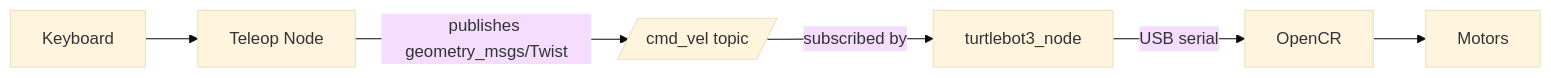
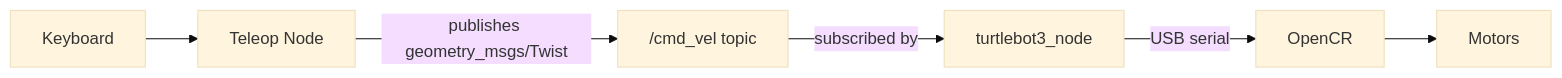
The diagram in docs/04-teleoperation.md (rakhaaswangga/Turtlebot3_Burger_Jetson), drawn with Mermaid (base theme) before and after one commit. The commit also changed 6 other files, not shown here.

````diff
--- a/docs/04-teleoperation.md
+++ b/docs/04-teleoperation.md
@@ -18,8 +18,8 @@
 ```mermaid
 flowchart LR
   Keyboard[Keyboard] --> Teleop[Teleop Node]
-  Teleop -->|publishes geometry_msgs/Twist| Cmd[/cmd_vel topic/]
+  Teleop -->|publishes geometry_msgs/Twist| Cmd["/cmd_vel topic"]
   Cmd -->|subscribed by| Driver[turtlebot3_node]
   Driver -->|USB serial| OpenCR[OpenCR]
   OpenCR --> Motors[Motors]
 ```
````
